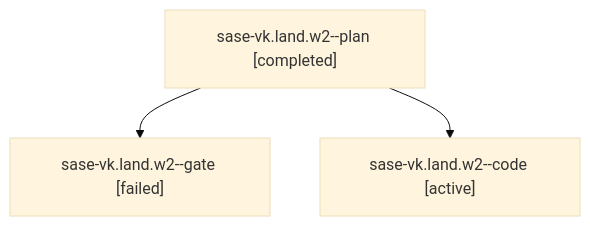
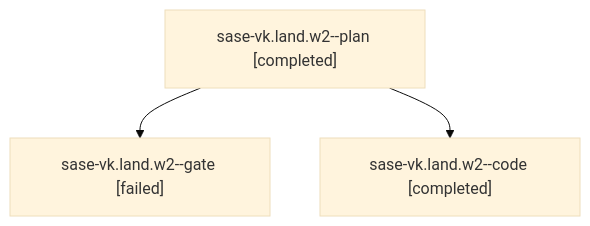
Before and after one commit to sase-org/sase--agents: the diagram in families/bbugyi200.athena.sase-vk.land.w2.md, drawn with Mermaid (base theme). The commit also changed other lines of this file and 119 other files, not shown here.

````diff
--- a/families/bbugyi200.athena.sase-vk.land.w2.md
+++ b/families/bbugyi200.athena.sase-vk.land.w2.md
@@ -9,8 +9,8 @@
 ```mermaid
 flowchart TD
   n0["sase-vk.land.w2--plan [completed]"]
   n1["sase-vk.land.w2--gate [failed]"]
   n0 --> n1
-  n2["sase-vk.land.w2--code [active]"]
+  n2["sase-vk.land.w2--code [completed]"]
   n0 --> n2
 ```
````
